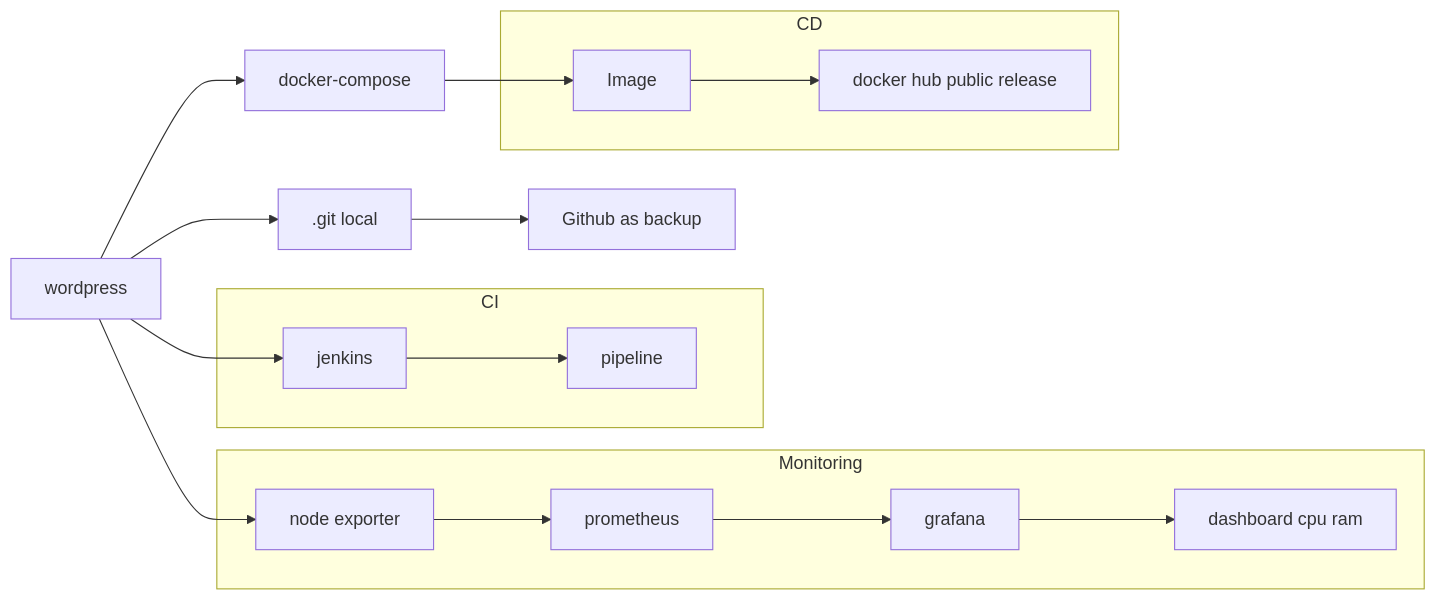
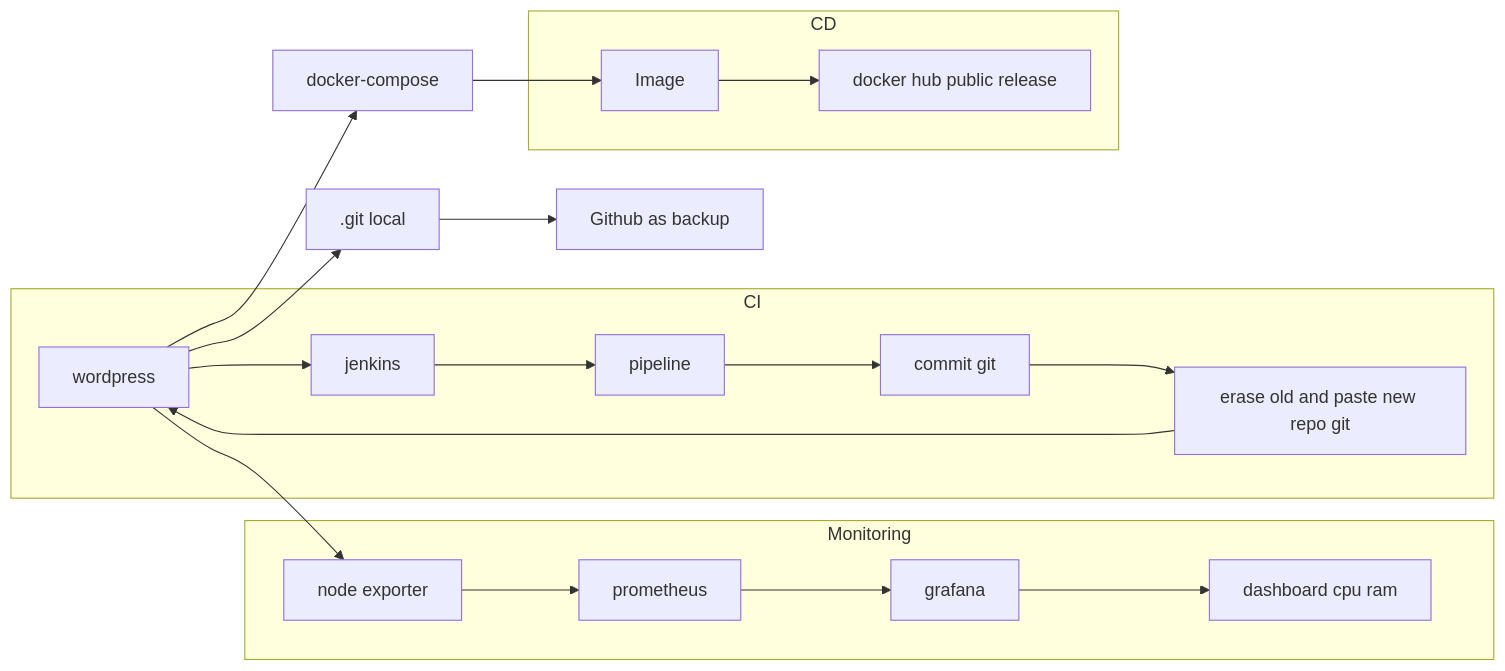
The diagram in README.md (DanyAAD90/CICD_complete_from_scratch), drawn with Mermaid before and after one commit.

````diff
--- a/README.md
+++ b/README.md
@@ -5,20 +5,23 @@
 ```mermaid
 flowchart LR
 A[wordpress] --> B[.git local]
 A --> G[node exporter]
 A --> K[jenkins]
 subgraph CI
 K --> L[pipeline]
+L --> M[commit git]
+M --> N[erase old and paste new repo git]
+N --> A
 end
 subgraph Monitoring
 G --> H[prometheus]
 H --> I[grafana]
 I --> J[dashboard cpu ram]
 end
 B --> C[Github as backup]
 A --> D[docker-compose]
 D --> E[Image]
 subgraph CD
 E --> F[docker hub public release]
 end
 ```
````
